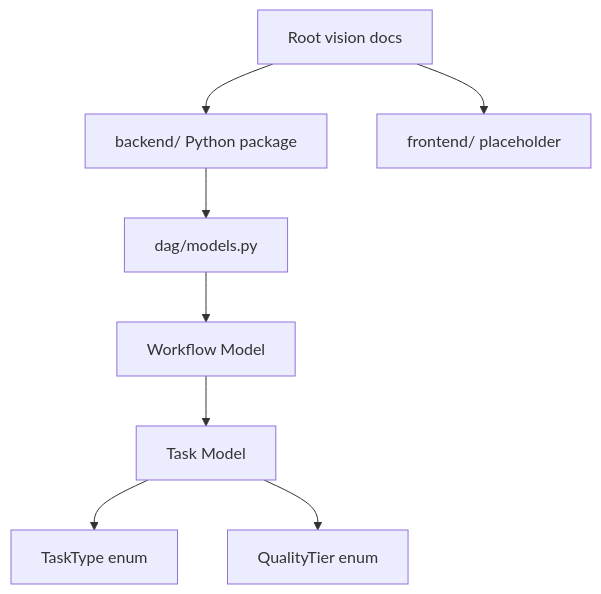
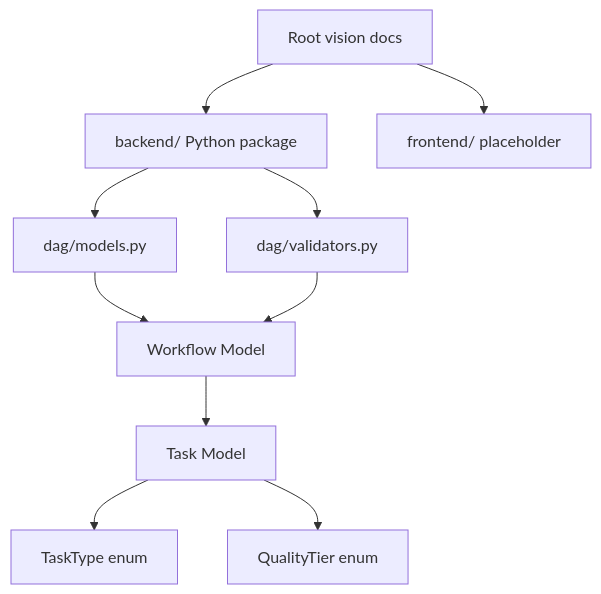
Before and after one commit to knishkarora/Ather-OS: the first of 2 diagrams in docs/01_Architecture.md, drawn with Mermaid. The commit also changed other lines of this file and 15 other files, not shown here.

````diff
--- a/docs/01_Architecture.md
+++ b/docs/01_Architecture.md
@@ -9,10 +9,12 @@
 ```mermaid
 flowchart TD
     Docs["Root vision docs"] --> Backend["backend/ Python package"]
     Docs --> Frontend["frontend/ placeholder"]
     Backend --> DAG["dag/models.py"]
+    Backend --> Validator["dag/validators.py"]
     DAG --> Workflow["Workflow Model"]
     Workflow --> Task["Task Model"]
     Task --> TaskType["TaskType enum"]
     Task --> QualityTier["QualityTier enum"]
+    Validator --> Workflow
 ```
````
